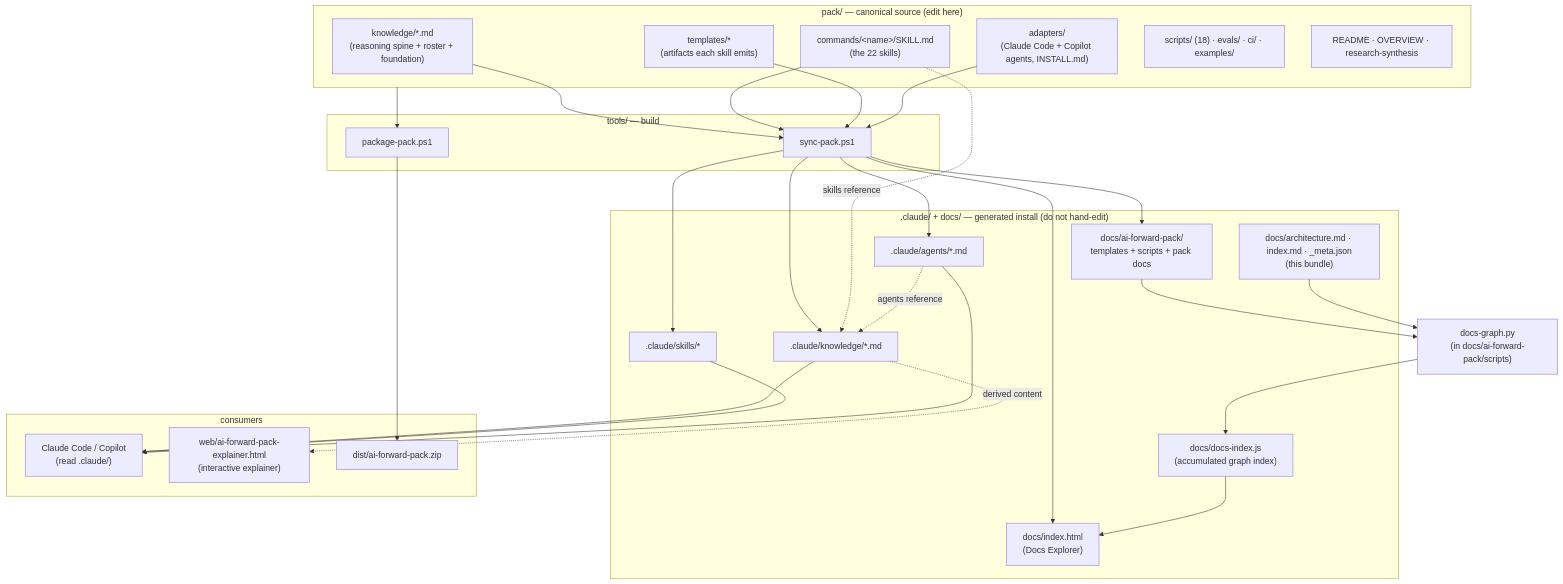
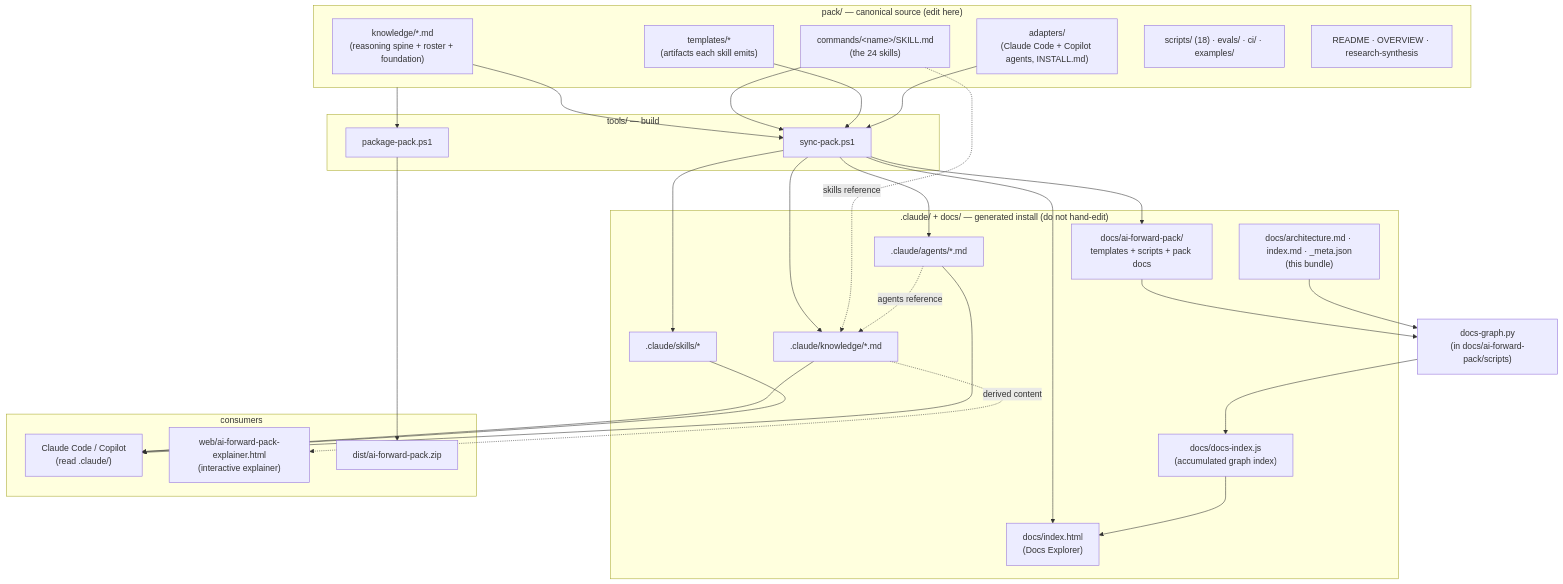
One commit to timianmalloo/ai-forward changed the first of 4 diagrams in docs/architecture.md. Above: the diagram before and after it, drawn with Mermaid. The commit also changed other lines of this file and 10 other files, not shown here.

````diff
--- a/docs/architecture.md
+++ b/docs/architecture.md
@@ -57,49 +57,49 @@
 ```mermaid
 flowchart TB
   subgraph SRC["pack/ — canonical source (edit here)"]
     K["knowledge/*.md<br/>(reasoning spine + roster + foundation)"]
-    C["commands/&lt;name&gt;/SKILL.md<br/>(the 22 skills)"]
+    C["commands/&lt;name&gt;/SKILL.md<br/>(the 24 skills)"]
     T["templates/*<br/>(artifacts each skill emits)"]
     A["adapters/<br/>(Claude Code + Copilot agents, INSTALL.md)"]
     SC["scripts/ (18) · evals/ · ci/ · examples/"]
     PD["README · OVERVIEW · research-synthesis"]
   end
 
   subgraph TOOLS["tools/ — build"]
     SYNC["sync-pack.ps1"]
     PKG["package-pack.ps1"]
   end
 
   subgraph INSTALL[".claude/ + docs/ — generated install (do not hand-edit)"]
     CK[".claude/knowledge/*.md"]
     CS[".claude/skills/*"]
     CA[".claude/agents/*.md"]
     DP["docs/ai-forward-pack/<br/>templates + scripts + pack docs"]
     EXP["docs/index.html<br/>(Docs Explorer)"]
     IDX["docs/docs-index.js<br/>(accumulated graph index)"]
     ARCH["docs/architecture.md · index.md · _meta.json<br/>(this bundle)"]
   end
 
   subgraph CONSUMERS["consumers"]
     CC["Claude Code / Copilot<br/>(read .claude/)"]
     WEBE["web/ai-forward-pack-explainer.html<br/>(interactive explainer)"]
     ZIP["dist/ai-forward-pack.zip"]
   end
 
   K --> SYNC
   C --> SYNC
   T --> SYNC
   A --> SYNC
   SYNC --> CK & CS & CA & DP & EXP
   C -. "skills reference" .-> CK
   CA -. "agents reference" .-> CK
   DP --> GRAPH["docs-graph.py<br/>(in docs/ai-forward-pack/scripts)"]
   GRAPH --> IDX
   ARCH --> GRAPH
   IDX --> EXP
   CK --> CC
   CS --> CC
   CA --> CC
   SRC --> PKG --> ZIP
   CK -. "derived content" .-> WEBE
 ```
````
